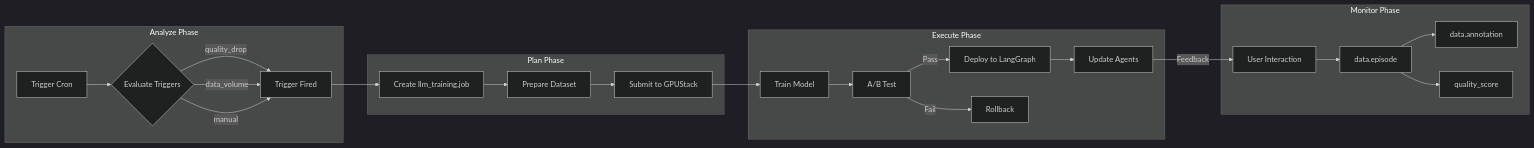
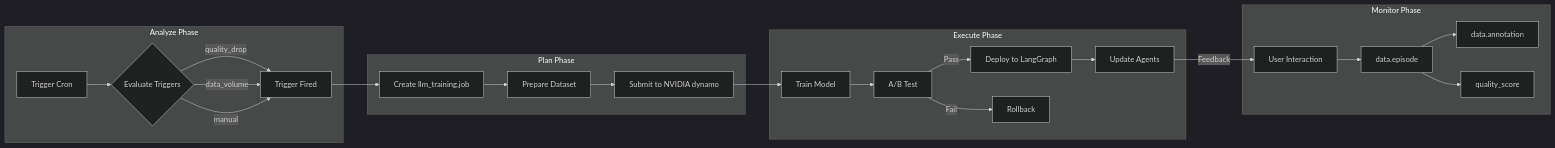
The tenth of 12 diagrams in docs/developer/Logical-Solution-Architecture-Diagram.md (nettrades/nettrades-platform), drawn with Mermaid (dark theme) before and after one commit. The commit also changed other lines of this file and 56 other files, not shown here.

Commit message:
Moved docs from operations to developer folder and replaced GPUStack with NVIDIA Dynamo

````diff
--- a/docs/developer/Logical-Solution-Architecture-Diagram.md
+++ b/docs/developer/Logical-Solution-Architecture-Diagram.md
@@ -707,31 +706,31 @@
 ```mermaid
 graph LR
     subgraph MonitorPhase["Monitor Phase"]
         A[User Interaction] --> B[data.episode]
         B --> C[data.annotation]
         B --> D[quality_score]
     end
 
     subgraph AnalyzePhase["Analyze Phase"]
         E[Trigger Cron] --> F{Evaluate Triggers}
         F -->|quality_drop| G[Trigger Fired]
         F -->|data_volume| G
         F -->|manual| G
     end
 
     subgraph PlanPhase["Plan Phase"]
         G --> H[Create llm_training.job]
         H --> I[Prepare Dataset]
-        I --> J[Submit to GPUStack]
+        I --> J[Submit to NVIDIA dynamo]
     end
 
     subgraph ExecutePhase["Execute Phase"]
         J --> K[Train Model]
         K --> L[A/B Test]
         L -->|Pass| M[Deploy to LangGraph]
         L -->|Fail| N[Rollback]
         M --> O[Update Agents]
     end
 
     O -->|Feedback| A
 ```
````
